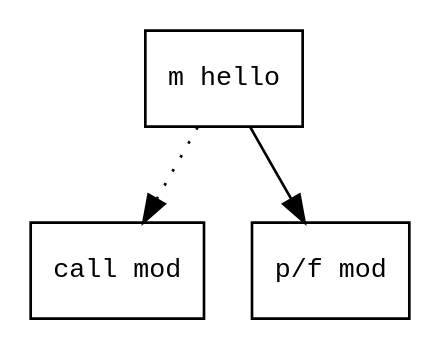
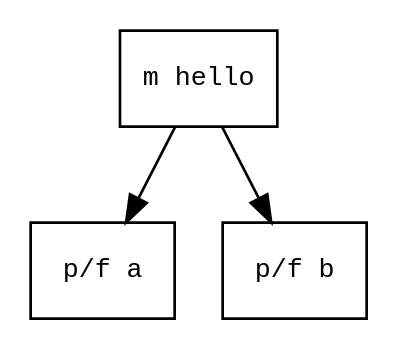
One commit to Hyunjin95/Compilers changed the diagram in 2.Parsing/mytest.mod.ast.dot. Above: the diagram before and after it, drawn with Graphviz. The commit also changed 4 other files, not shown here.

```diff
--- a/2.Parsing/mytest.mod.ast.dot
+++ b/2.Parsing/mytest.mod.ast.dot
@@ -1,11 +1,11 @@
 digraph AST {
   graph [fontname="Times New Roman",fontsize=10];
   node  [fontname="Courier New",fontsize=10];
   edge  [fontname="Times New Roman",fontsize=10];
 
   node0 [label="m hello",shape=box];
-  node2 [label="call mod",shape=box];
-  node0 -> node2 [style=dotted];
-  node1 [label="p/f mod",shape=box];
+  node1 [label="p/f a",shape=box];
   node0 -> node1;
+  node2 [label="p/f b",shape=box];
+  node0 -> node2;
 }
```
